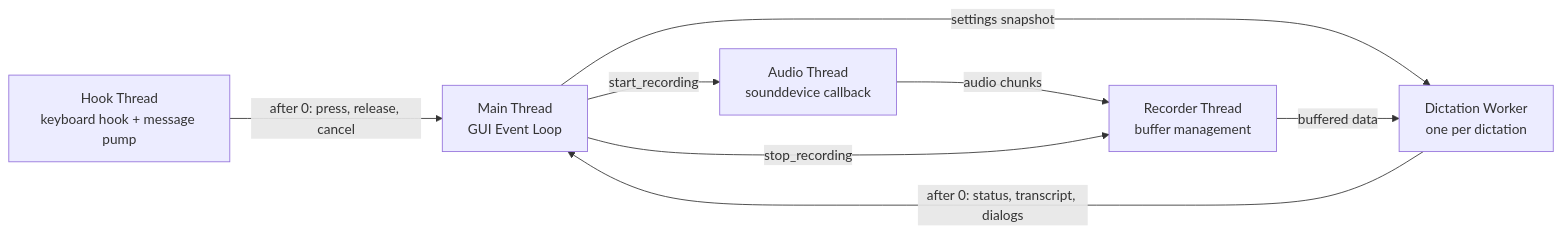
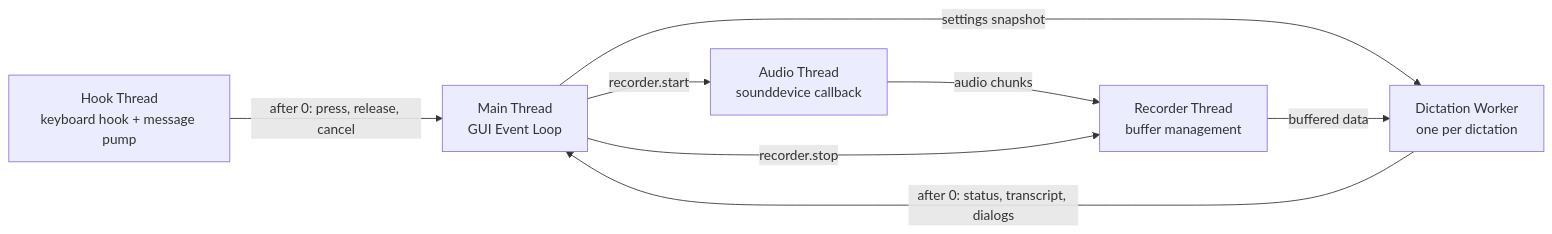
Before and after one commit to dancwilliams/whisper-dictate: the sixth of 6 diagrams in docs/architecture.md, drawn with Mermaid. The commit also changed other lines of this file and 1 other file, not shown here.

Commit message:
Docs: name the recorder methods that exist

````diff
--- a/docs/architecture.md
+++ b/docs/architecture.md
@@ -222,17 +222,17 @@
 ```mermaid
 graph LR
     MainThread[Main Thread<br/>GUI Event Loop]
     AudioThread[Audio Thread<br/>sounddevice callback]
     RecorderThread[Recorder Thread<br/>buffer management]
 
     HookThread[Hook Thread<br/>keyboard hook + message pump]
     Worker[Dictation Worker<br/>one per dictation]
 
     HookThread -->|after 0: press, release, cancel| MainThread
-    MainThread -->|start_recording| AudioThread
+    MainThread -->|recorder.start| AudioThread
     AudioThread -->|audio chunks| RecorderThread
-    MainThread -->|stop_recording| RecorderThread
+    MainThread -->|recorder.stop| RecorderThread
     MainThread -->|settings snapshot| Worker
     RecorderThread -->|buffered data| Worker
     Worker -->|after 0: status, transcript, dialogs| MainThread
 ```
````
